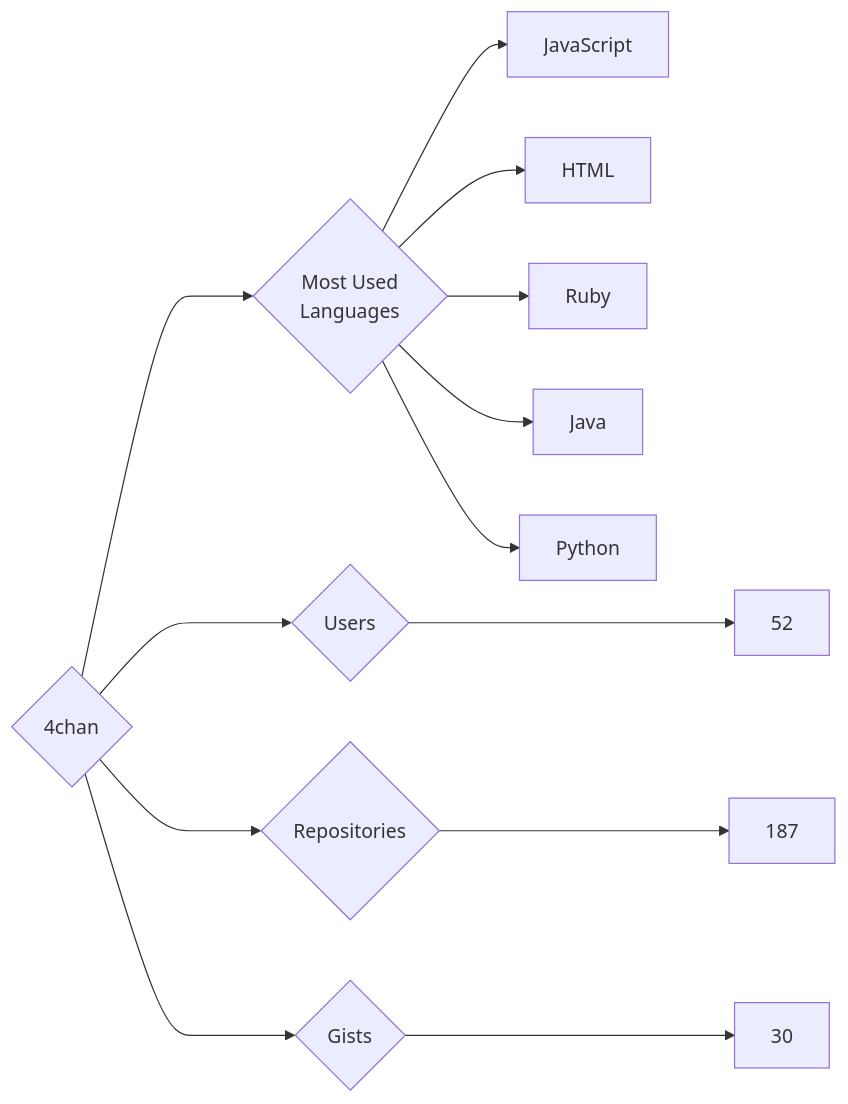
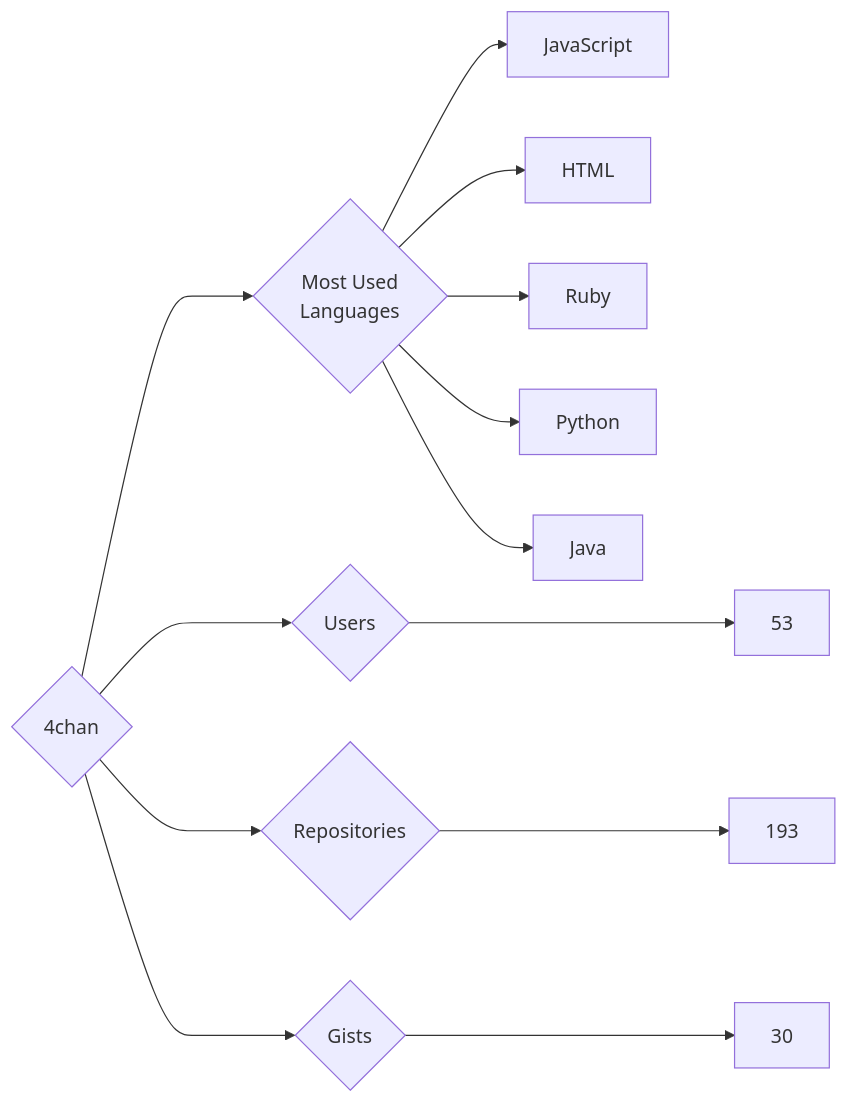
Before and after one commit to trickest/insiders: the diagram in targets/4chan/README.md, drawn with Mermaid. The commit also changed 880 other files, not shown here.

````diff
--- a/targets/4chan/README.md
+++ b/targets/4chan/README.md
@@ -3,13 +3,13 @@
 ```mermaid
 graph LR
 COMPANY_NAME{4chan}
-COMPANY_NAME ---> U{Users} ---> UN[52]
-COMPANY_NAME ---> R{Repositories} ---> RN[187]
+COMPANY_NAME ---> U{Users} ---> UN[53]
+COMPANY_NAME ---> R{Repositories} ---> RN[193]
 COMPANY_NAME ---> G{Gists} ---> GN[30]
 COMPANY_NAME ---> ML{Most Used<br>Languages}
 ML --> JavaScript[JavaScript]
 ML --> HTML[HTML]
 ML --> Ruby[Ruby]
+ML --> Python[Python]
 ML --> Java[Java]
-ML --> Python[Python]
 ```
````
